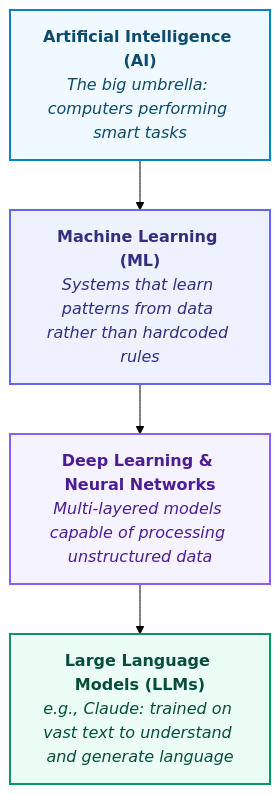
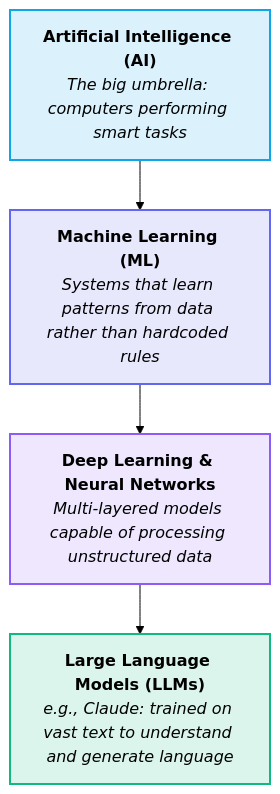
The diagram in docs/foundations/part-a/module-01-what-is-ai.md (Sharath-B-7/AI-Learning), drawn with Mermaid (forest theme) before and after one commit. The commit also changed 10 other files, not shown here.

````diff
--- a/docs/foundations/part-a/module-01-what-is-ai.md
+++ b/docs/foundations/part-a/module-01-what-is-ai.md
@@ -53,20 +53,20 @@
 ```mermaid
 flowchart TD
     AI["<b>Artificial Intelligence (AI)</b><br/><i>The big umbrella: computers performing smart tasks</i>"]
     ML["<b>Machine Learning (ML)</b><br/><i>Systems that learn patterns from data rather than hardcoded rules</i>"]
     DL["<b>Deep Learning & Neural Networks</b><br/><i>Multi-layered models capable of processing unstructured data</i>"]
     LLM["<b>Large Language Models (LLMs)</b><br/><i>e.g., Claude: trained on vast text to understand and generate language</i>"]
 
     AI --> ML
     ML --> DL
     DL --> LLM
 
-    classDef aiNode fill:#f0f9ff,stroke:#0284c7,stroke-width:2px,color:#0c4a6e;
-    classDef mlNode fill:#eef2ff,stroke:#6366f1,stroke-width:2px,color:#312e81;
-    classDef dlNode fill:#f5f3ff,stroke:#8b5cf6,stroke-width:2px,color:#4c1d95;
-    classDef llmNode fill:#ecfdf5,stroke:#059669,stroke-width:2px,color:#064e3b;
+    classDef aiNode fill:#0ea5e926,stroke:#0ea5e9,stroke-width:2px;
+    classDef mlNode fill:#6366f126,stroke:#6366f1,stroke-width:2px;
+    classDef dlNode fill:#8b5cf626,stroke:#8b5cf6,stroke-width:2px;
+    classDef llmNode fill:#10b98126,stroke:#10b981,stroke-width:2px;
     class AI aiNode;
     class ML mlNode;
     class DL dlNode;
     class LLM llmNode;
 ```
````
